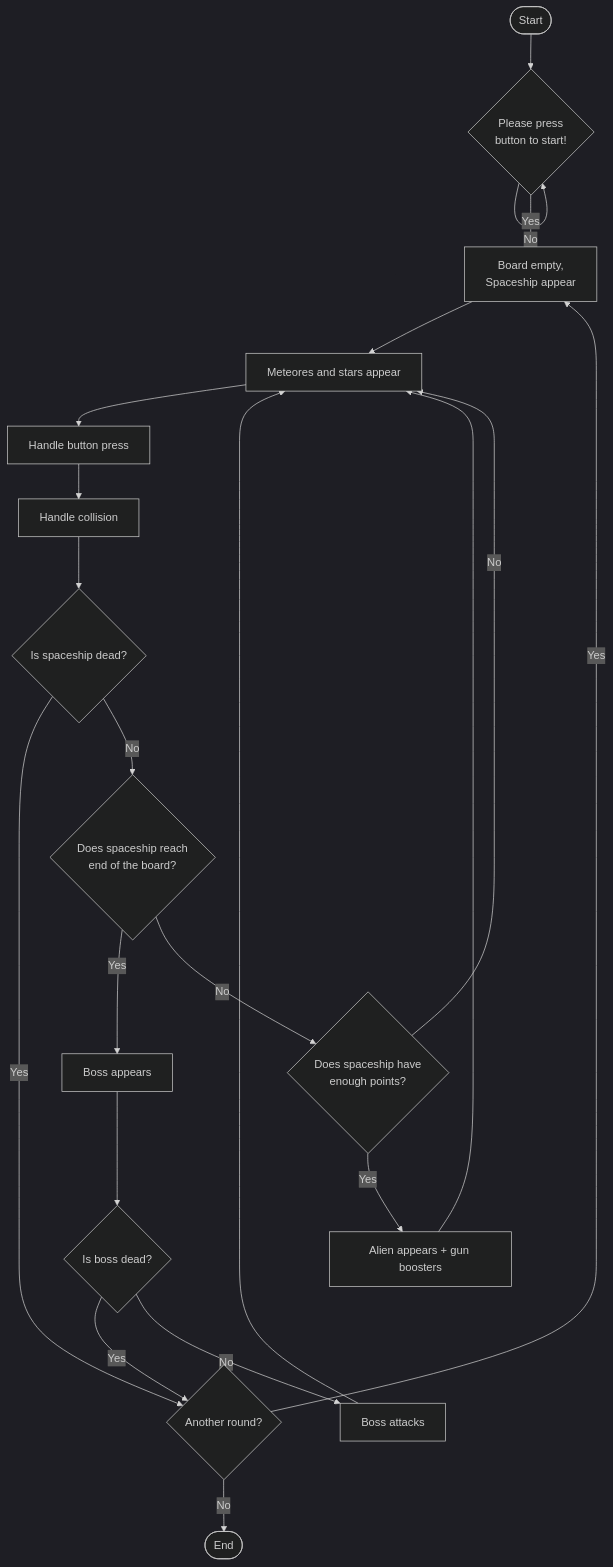
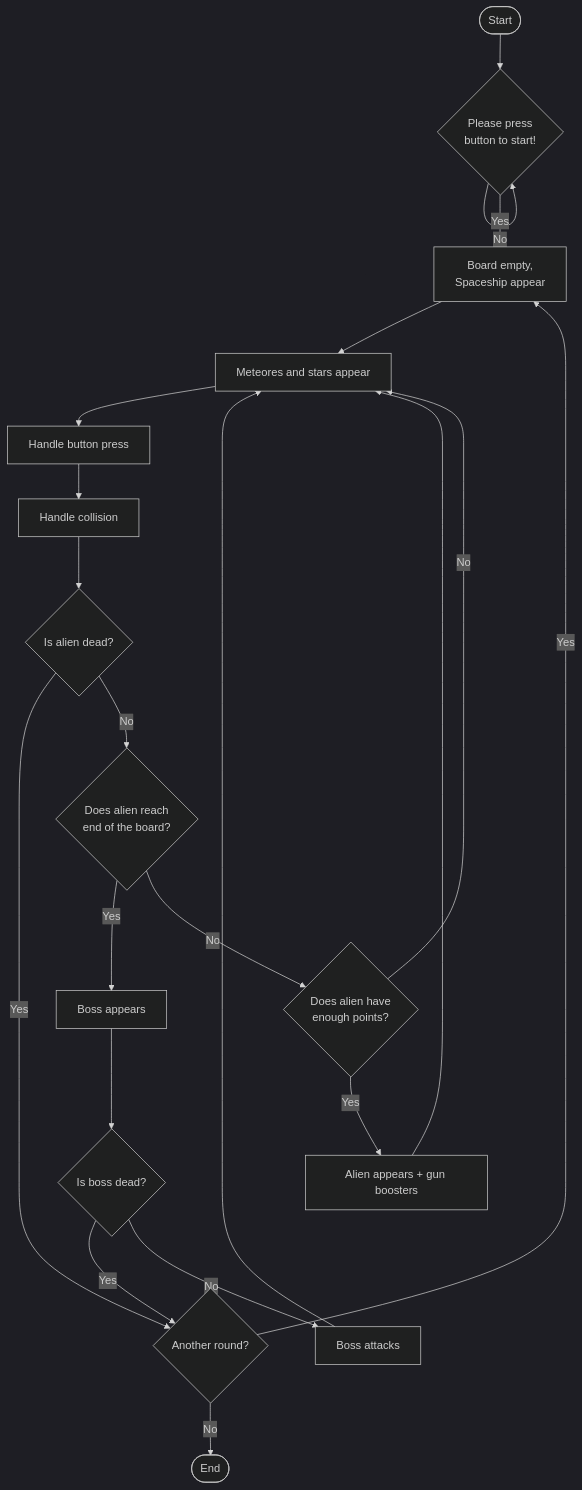
The first of 3 diagrams in README.md (StrangerDeer/cpp-space-invader), drawn with Mermaid (dark theme) before and after one commit. The commit also changed other lines of this file and 6 other files, not shown here.

````diff
--- a/README.md
+++ b/README.md
@@ -1,44 +1,44 @@
 ```mermaid
 flowchart TD
   start(["Start"])
   anotherround{Another round?}
   endMessage(["End"])
   startMessage{Please press
    button to start!}
   startField[Board empty,
                 Spaceship appear]
   meteoresAppear[Meteores and stars appear]
   handleButtonPressed[Handle button press]
   handleTouch[Handle collision]
-  isSpaceshipDead{Is spaceship dead?}
-  isSpaceshipPoints{Does spaceship have
+  isSpaceshipDead{Is alien dead?}
+  isSpaceshipPoints{Does alien have
                      enough points?}
   alienAppear[Alien appears + gun boosters]
-  isSpaceshipWon{Does spaceship reach 
+  isSpaceshipWon{Does alien reach 
   end of the board?}
   bossAppear[Boss appears]
   isBossDead{Is boss dead?}
   bossAttack[Boss attacks]
 
   start --> startMessage
   startMessage --> |No| startMessage
   startMessage --> |Yes| startField
   startField --> meteoresAppear
   meteoresAppear --> handleButtonPressed
   handleButtonPressed --> handleTouch
   handleTouch --> isSpaceshipDead
   isSpaceshipDead --> |Yes| anotherround
   isSpaceshipDead --> |No| isSpaceshipWon
   isSpaceshipPoints --> |Yes| alienAppear
   alienAppear --> meteoresAppear
   isSpaceshipWon  --> |Yes| bossAppear
   isSpaceshipWon --> |No| isSpaceshipPoints
   bossAppear --> isBossDead
   isBossDead --> |Yes| anotherround
   isBossDead --> |No| bossAttack
   bossAttack --> meteoresAppear
   isSpaceshipPoints --> |No| meteoresAppear
   anotherround --> |Yes| startField
   anotherround --> |No| endMessage
 
 ```
````
